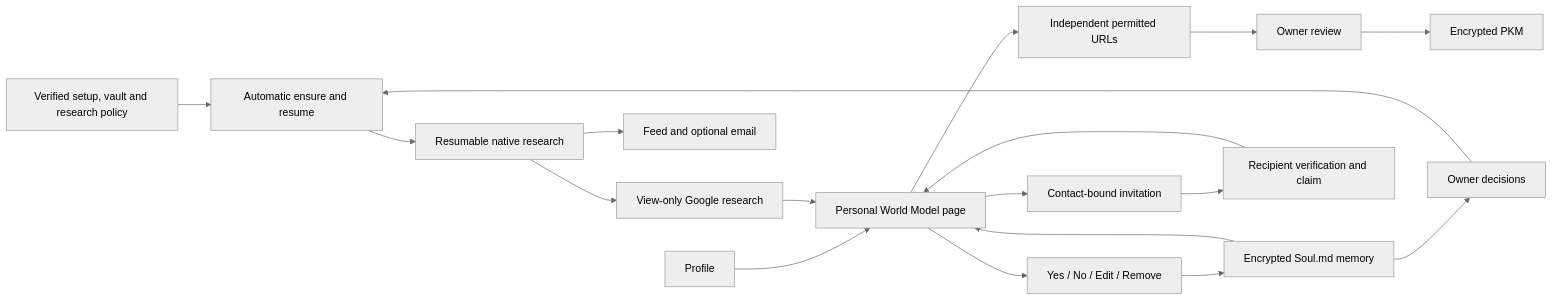
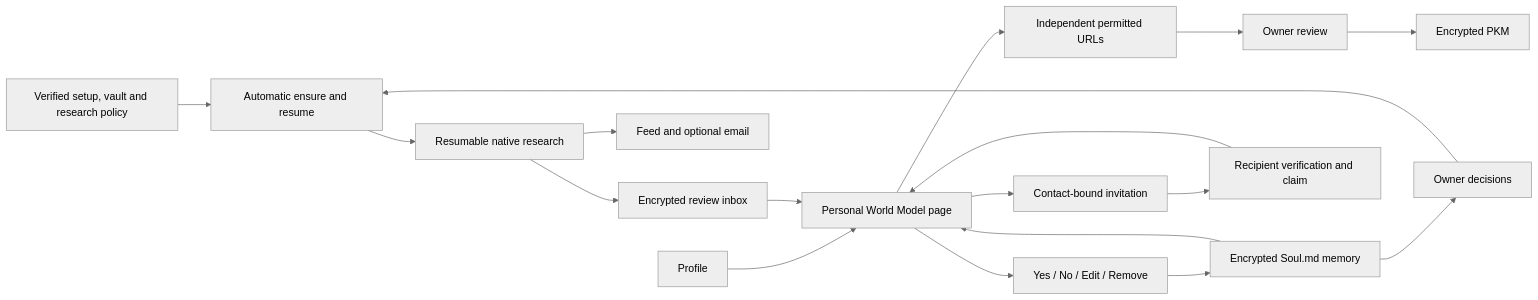
The diagram in docs/reference/one/personal-world-model.md (hushh-labs/hushh-research), drawn with Mermaid (neutral theme) before and after one commit. The commit also changed other lines of this file and 53 other files, not shown here.

````diff
--- a/docs/reference/one/personal-world-model.md
+++ b/docs/reference/one/personal-world-model.md
@@ -7,20 +7,20 @@
 ```mermaid
 flowchart LR
   Setup[Verified setup, vault and research policy] --> Ensure[Automatic ensure and resume]
   Ensure --> Research[Resumable native research]
-  Research --> Draft[View-only Google research]
+  Research --> Draft[Encrypted review inbox]
   Research --> Feed[Feed and optional email]
   Profile[Profile] --> Page[Personal World Model page]
   Draft --> Page
   Page --> Decide[Yes / No / Edit / Remove]
   Decide --> Memory[Encrypted Soul.md memory]
   Memory --> Decisions[Owner decisions]
   Decisions --> Ensure
   Memory --> Page
   Page --> Sources[Independent permitted URLs]
   Sources --> Review[Owner review]
   Review --> PKM[Encrypted PKM]
   Page --> Invite[Contact-bound invitation]
   Invite --> Claim[Recipient verification and claim]
   Claim --> Page
 ```
````
